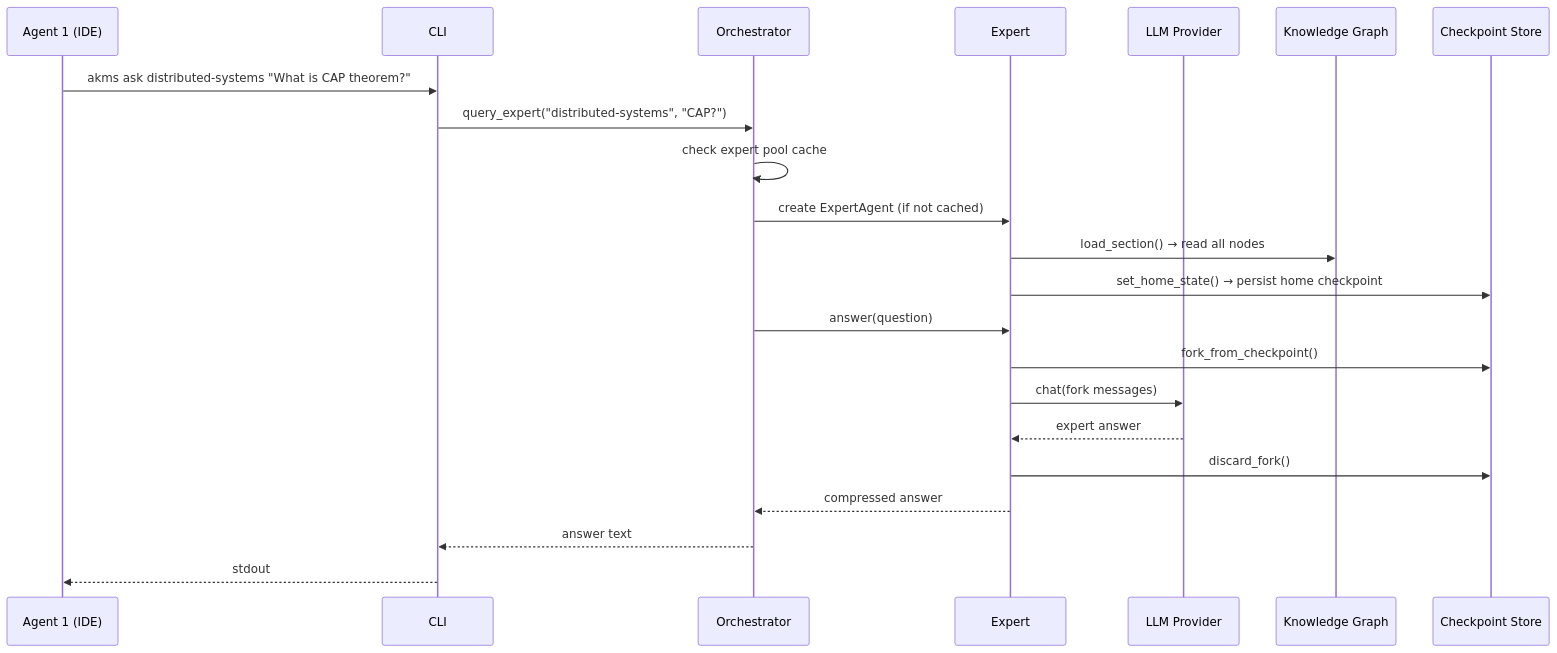
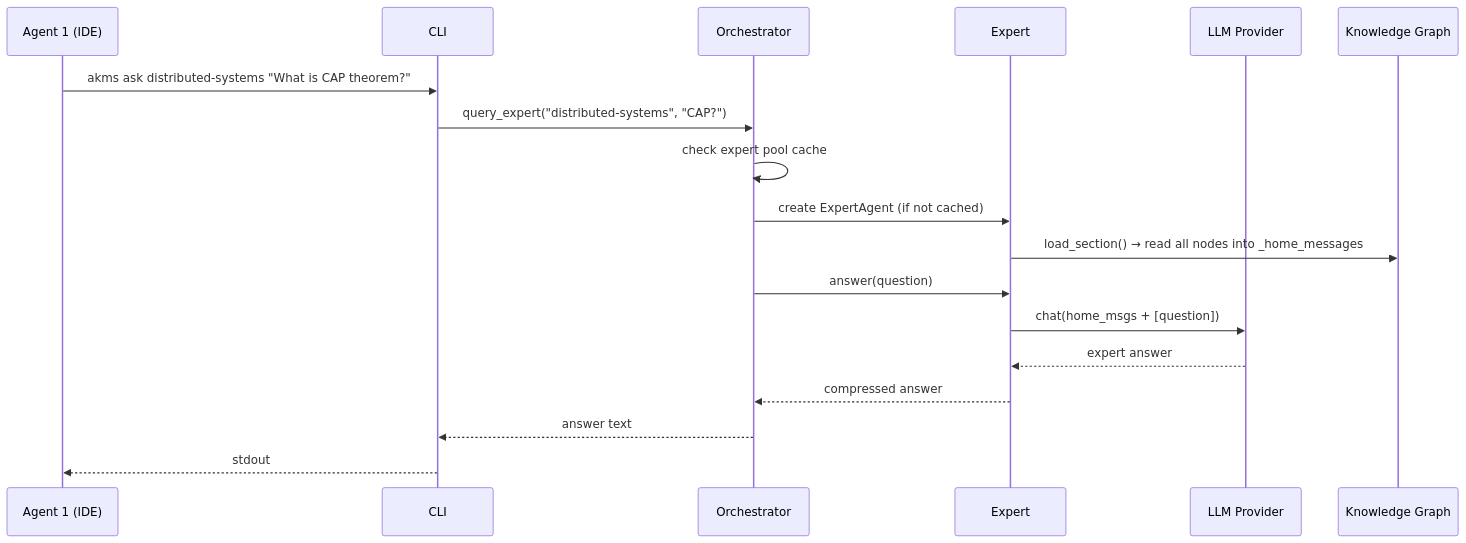
One commit to TheRealOP/Agent-Knowledge-Management-System changed the third of 15 diagrams in how-this-works.md. Above: the diagram before and after it, drawn with Mermaid. The commit also changed other lines of this file and 19 other files, not shown here.

First line of the commit message:
refactor: simplify CheckpointStore + Orchestrator

````diff
--- a/how-this-works.md
+++ b/how-this-works.md
@@ -194,25 +184,21 @@
 ```mermaid
 sequenceDiagram
     participant A1 as Agent 1 (IDE)
     participant CLI as CLI
     participant O as Orchestrator
     participant X as Expert
     participant P as LLM Provider
     participant KG as Knowledge Graph
-    participant CP as Checkpoint Store
 
     A1->>CLI: akms ask distributed-systems "What is CAP theorem?"
     CLI->>O: query_expert("distributed-systems", "CAP?")
     O->>O: check expert pool cache
     O->>X: create ExpertAgent (if not cached)
-    X->>KG: load_section() → read all nodes
-    X->>CP: set_home_state() → persist home checkpoint
+    X->>KG: load_section() → read all nodes into _home_messages
     O->>X: answer(question)
-    X->>CP: fork_from_checkpoint()
-    X->>P: chat(fork messages)
+    X->>P: chat(home_msgs + [question])
     P-->>X: expert answer
-    X->>CP: discard_fork()
     X-->>O: compressed answer
     O-->>CLI: answer text
     CLI-->>A1: stdout
 ```
````
